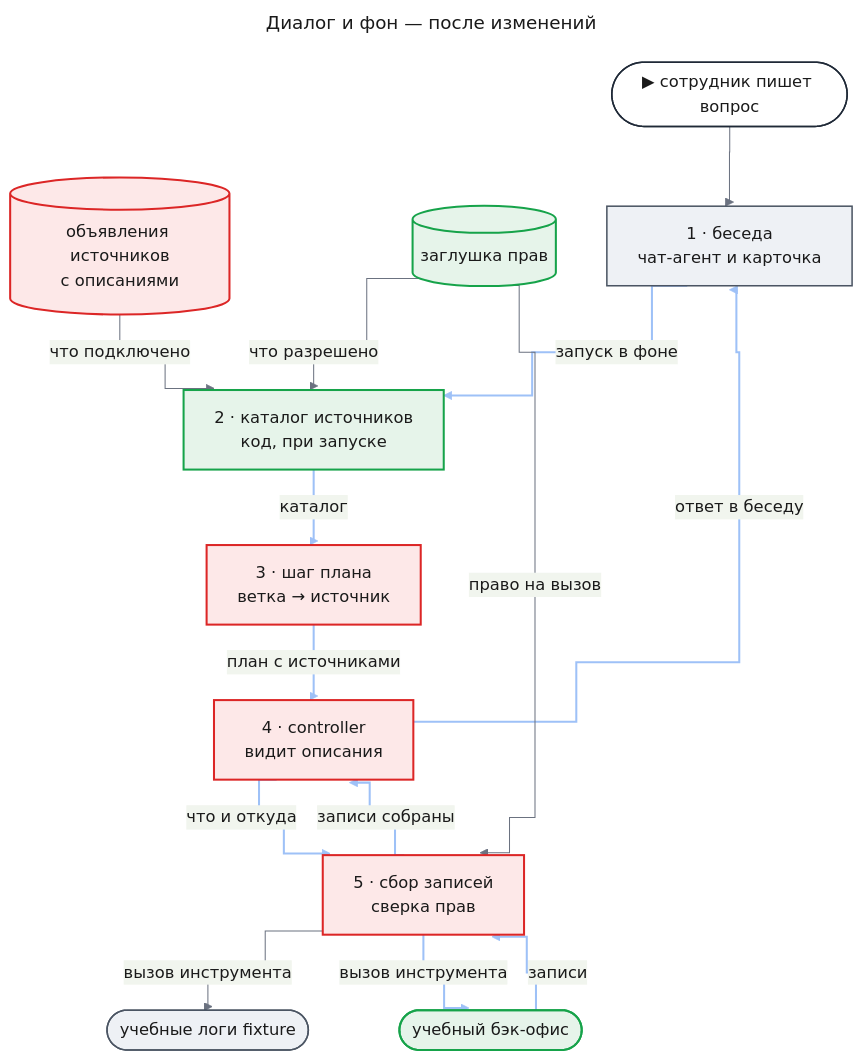
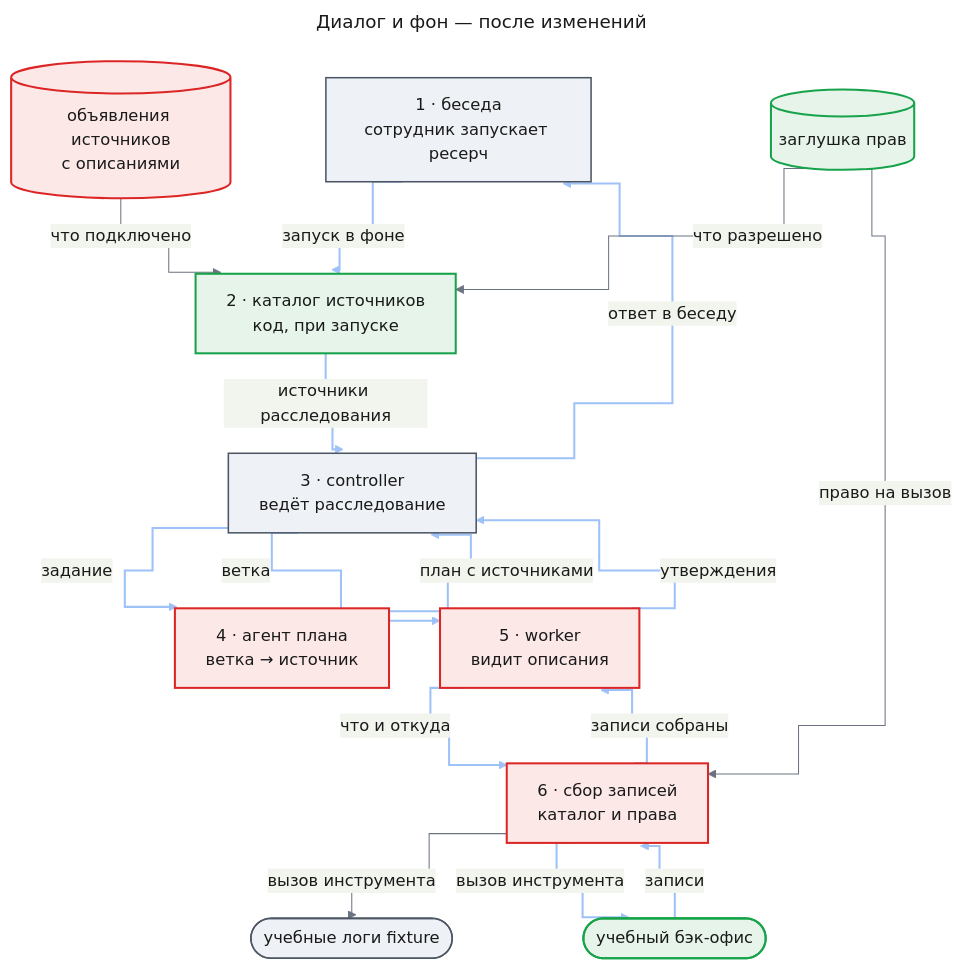
Before and after one commit to tundraray/agent-os: the third of 7 diagrams in docs/features/source-planning/prd.md, drawn with Mermaid. The commit also changed other lines of this file, not shown here.

````diff
--- a/docs/features/source-planning/prd.md
+++ b/docs/features/source-planning/prd.md
@@ -161,65 +173,71 @@
 ```mermaid
 ---
 title: "Диалог и фон — после изменений"
 config:
   theme: base
   look: classic
   themeVariables:
     primaryColor: "#eef1f5"
     primaryBorderColor: "#4b5563"
     primaryTextColor: "#1a1a1a"
     lineColor: "#6b7280"
   flowchart:
     curve: step
   themeCSS: |
-    @keyframes litr_sp2{0%,11.25%{stroke:#1d4ed8;stroke-width:6px}12.5%,100%{stroke:#9ec1f7;stroke-width:2px}}
+    @keyframes litr_sp2{0%,8.18%{stroke:#1d4ed8;stroke-width:6px}9.09%,100%{stroke:#9ec1f7;stroke-width:2px}}
 ---
 flowchart TB
-    entry(["▶ сотрудник пишет вопрос"])
+    chat["1 · беседа<br/>сотрудник запускает ресерч"]
     decl[("объявления источников<br/>с описаниями")]
     rights[("заглушка прав")]
-    chat["1 · беседа<br/>чат-агент и карточка"]
     cat["2 · каталог источников<br/>код, при запуске"]
-    plan["3 · шаг плана<br/>ветка → источник"]
-    ctl["4 · controller<br/>видит описания"]
-    fetch["5 · сбор записей<br/>сверка прав"]
+    ctl["3 · controller<br/>ведёт расследование"]
+    plan["4 · агент плана<br/>ветка → источник"]
+    worker["5 · worker<br/>видит описания"]
+    fetch["6 · сбор записей<br/>каталог и права"]
     logs(["учебные логи fixture"])
     bo(["учебный бэк-офис"])
-    entry --> chat
     chat e1@-->|"запуск в фоне"| cat
-    cat e2@-->|"каталог"| plan
-    plan e3@-->|"план с источниками"| ctl
-    ctl e4@-->|"что и откуда"| fetch
+    cat e2@-->|"источники расследования"| ctl
+    ctl e3@-->|"задание"| plan
+    plan e4@-->|"план с источниками"| ctl
+    ctl e5@-->|"ветка"| worker
+    worker e6@-->|"что и откуда"| fetch
     fetch -->|"вызов инструмента"| logs
-    fetch e5@-->|"вызов инструмента"| bo
-    bo e6@-->|"записи"| fetch
-    fetch e7@-->|"записи собраны"| ctl
-    ctl e8@-->|"ответ в беседу"| chat
+    fetch e7@-->|"вызов инструмента"| bo
+    bo e8@-->|"записи"| fetch
+    fetch e9@-->|"записи собраны"| worker
+    worker e10@-->|"утверждения"| ctl
+    ctl e11@-->|"ответ в беседу"| chat
     decl -->|"что подключено"| cat
     rights -->|"что разрешено"| cat
     rights -->|"право на вызов"| fetch
-    classDef entry fill:#ffffff,stroke:#1f2937,stroke-width:1.5px,color:#1a1a1a
     classDef changed fill:#fde8e8,stroke:#dc2626,stroke-width:2px,color:#1a1a1a
     classDef new fill:#e6f4ea,stroke:#16a34a,stroke-width:2px,color:#1a1a1a
     classDef unchanged fill:#eef1f5,stroke:#4b5563,stroke-width:1.5px,color:#1a1a1a
-    classDef r1 stroke:#9ec1f7,stroke-width:2px,animation:litr_sp2 9.6s linear 0s infinite
-    classDef r2 stroke:#9ec1f7,stroke-width:2px,animation:litr_sp2 9.6s linear 1.2s infinite
-    classDef r3 stroke:#9ec1f7,stroke-width:2px,animation:litr_sp2 9.6s linear 2.4s infinite
-    classDef r4 stroke:#9ec1f7,stroke-width:2px,animation:litr_sp2 9.6s linear 3.6s infinite
-    classDef r5 stroke:#9ec1f7,stroke-width:2px,animation:litr_sp2 9.6s linear 4.8s infinite
-    classDef r6 stroke:#9ec1f7,stroke-width:2px,animation:litr_sp2 9.6s linear 6s infinite
-    classDef r7 stroke:#9ec1f7,stroke-width:2px,animation:litr_sp2 9.6s linear 7.2s infinite
-    classDef r8 stroke:#9ec1f7,stroke-width:2px,animation:litr_sp2 9.6s linear 8.4s infinite
-    class entry entry
+    classDef r1 stroke:#9ec1f7,stroke-width:2px,animation:litr_sp2 13.2s linear 0s infinite
+    classDef r2 stroke:#9ec1f7,stroke-width:2px,animation:litr_sp2 13.2s linear 1.2s infinite
+    classDef r3 stroke:#9ec1f7,stroke-width:2px,animation:litr_sp2 13.2s linear 2.4s infinite
+    classDef r4 stroke:#9ec1f7,stroke-width:2px,animation:litr_sp2 13.2s linear 3.6s infinite
+    classDef r5 stroke:#9ec1f7,stroke-width:2px,animation:litr_sp2 13.2s linear 4.8s infinite
+    classDef r6 stroke:#9ec1f7,stroke-width:2px,animation:litr_sp2 13.2s linear 6s infinite
+    classDef r7 stroke:#9ec1f7,stroke-width:2px,animation:litr_sp2 13.2s linear 7.2s infinite
+    classDef r8 stroke:#9ec1f7,stroke-width:2px,animation:litr_sp2 13.2s linear 8.4s infinite
+    classDef r9 stroke:#9ec1f7,stroke-width:2px,animation:litr_sp2 13.2s linear 9.6s infinite
+    classDef r10 stroke:#9ec1f7,stroke-width:2px,animation:litr_sp2 13.2s linear 10.8s infinite
+    classDef r11 stroke:#9ec1f7,stroke-width:2px,animation:litr_sp2 13.2s linear 12s infinite
     class cat,bo,rights new
-    class plan,ctl,fetch,decl changed
-    class chat,logs unchanged
+    class plan,worker,fetch,decl changed
+    class chat,ctl,logs unchanged
     class e1 r1
     class e2 r2
     class e3 r3
     class e4 r4
     class e5 r5
     class e6 r6
     class e7 r7
     class e8 r8
+    class e9 r9
+    class e10 r10
+    class e11 r11
 ```
````
